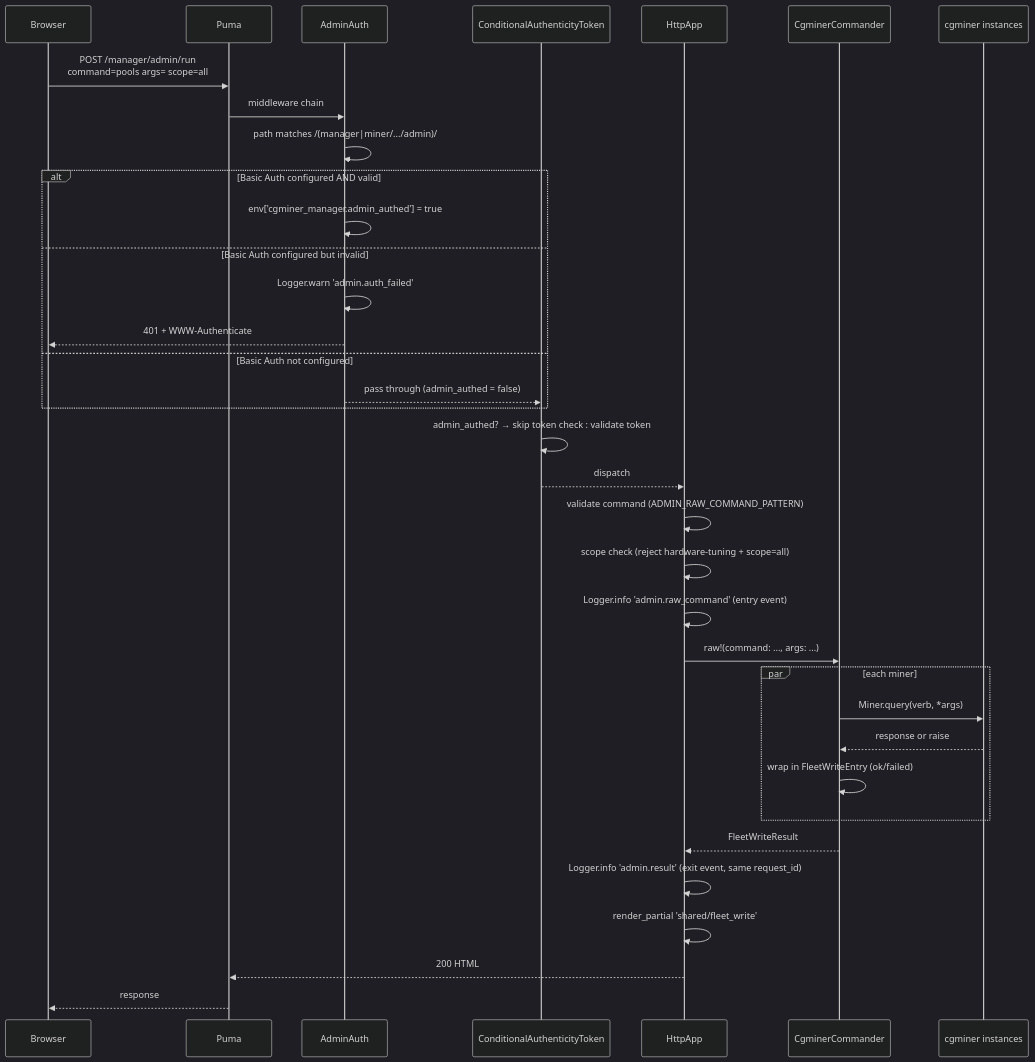
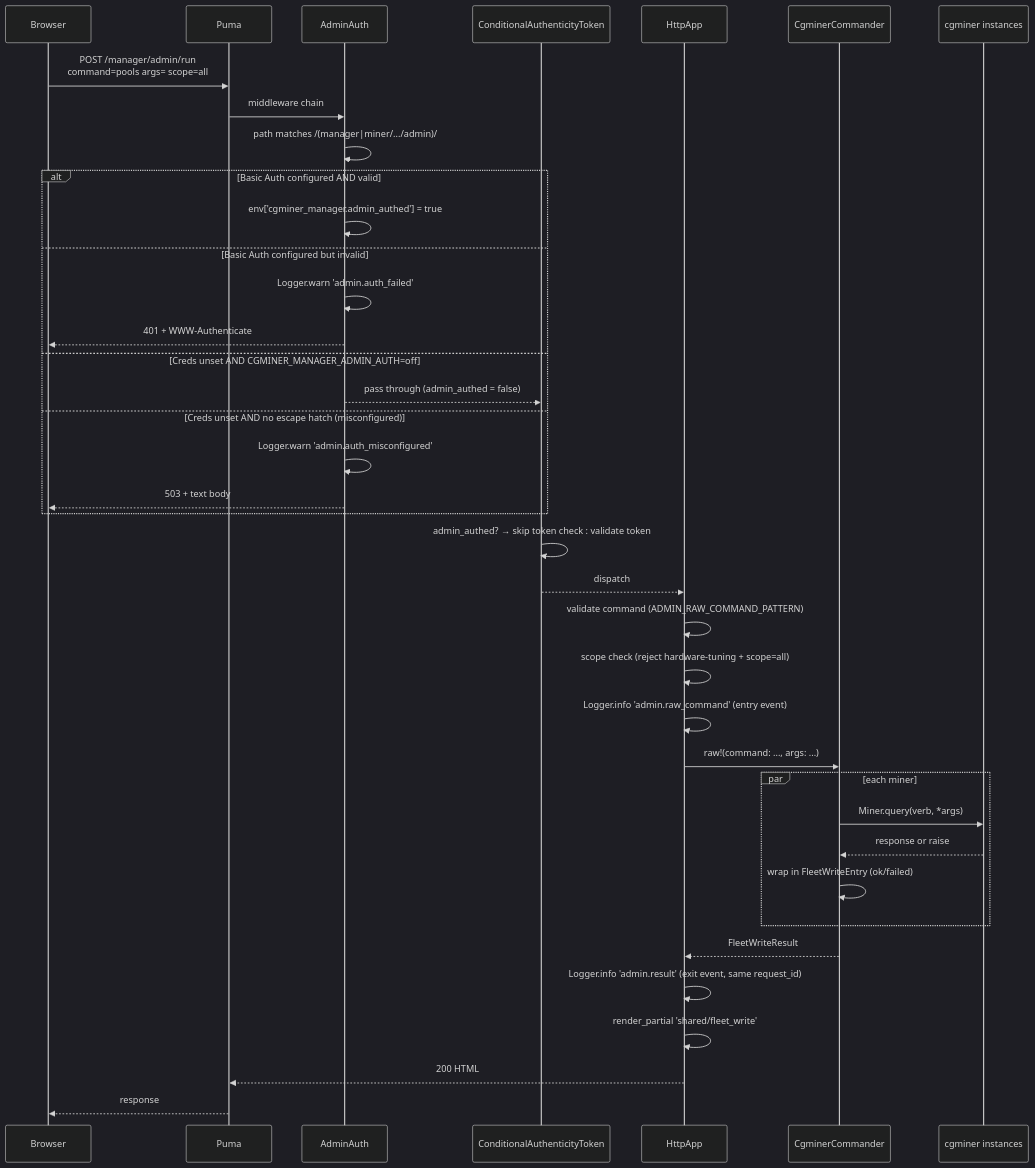
The third of 4 diagrams in docs/architecture.md (jramos/cgminer_manager), drawn with Mermaid (dark theme) before and after one commit. The commit also changed other lines of this file and 7 other files, not shown here.

First line of the commit message:
Document admin auth required by default (1.3.0)

````diff
--- a/docs/architecture.md
+++ b/docs/architecture.md
@@ -115,43 +115,46 @@
 ```mermaid
 sequenceDiagram
     participant Browser
     participant Puma
     participant AA as AdminAuth
     participant CSRF as ConditionalAuthenticityToken
     participant App as HttpApp
     participant Cmdr as CgminerCommander
     participant Miners as cgminer instances
 
     Browser->>Puma: POST /manager/admin/run<br/>command=pools args= scope=all
     Puma->>AA: middleware chain
     AA->>AA: path matches /(manager|miner/.../admin)/
 
     alt Basic Auth configured AND valid
         AA->>AA: env['cgminer_manager.admin_authed'] = true
     else Basic Auth configured but invalid
         AA->>AA: Logger.warn 'admin.auth_failed'
         AA-->>Browser: 401 + WWW-Authenticate
-    else Basic Auth not configured
+    else Creds unset AND CGMINER_MANAGER_ADMIN_AUTH=off
         AA-->>CSRF: pass through (admin_authed = false)
+    else Creds unset AND no escape hatch (misconfigured)
+        AA->>AA: Logger.warn 'admin.auth_misconfigured'
+        AA-->>Browser: 503 + text body
     end
 
     CSRF->>CSRF: admin_authed? → skip token check : validate token
     CSRF-->>App: dispatch
 
     App->>App: validate command (ADMIN_RAW_COMMAND_PATTERN)
     App->>App: scope check (reject hardware-tuning + scope=all)
     App->>App: Logger.info 'admin.raw_command' (entry event)
     App->>Cmdr: raw!(command: ..., args: ...)
 
     par each miner
         Cmdr->>Miners: Miner.query(verb, *args)
         Miners-->>Cmdr: response or raise
         Cmdr->>Cmdr: wrap in FleetWriteEntry (ok/failed)
     end
 
     Cmdr-->>App: FleetWriteResult
     App->>App: Logger.info 'admin.result' (exit event, same request_id)
     App->>App: render_partial 'shared/fleet_write'
     App-->>Puma: 200 HTML
     Puma-->>Browser: response
 ```
````
